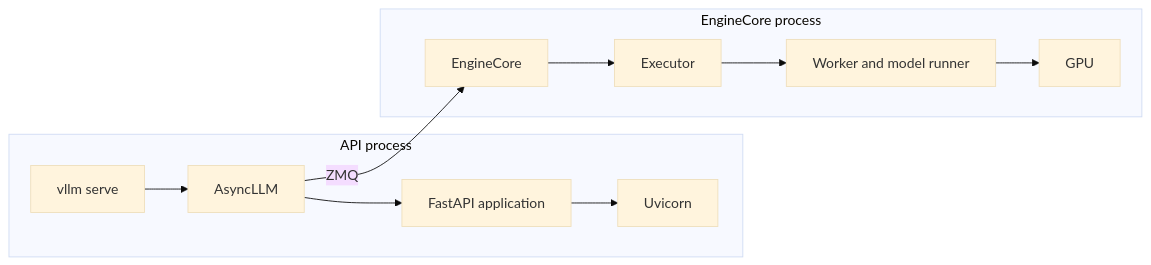
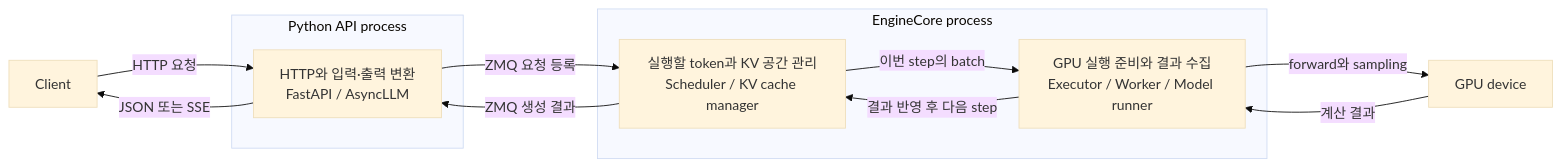
One commit to appleparan/vllm changed the first of 4 diagrams in docs/design/v032_serve_code_walkthrough.md. Above: the diagram before and after it, drawn with Mermaid (base theme). The commit also changed other lines of this file, not shown here.

````diff
--- a/docs/design/v032_serve_code_walkthrough.md
+++ b/docs/design/v032_serve_code_walkthrough.md
@@ -26,14 +20,20 @@
 ```mermaid
 flowchart LR
-    subgraph A[API process]
-        CLI[vllm serve] --> AS[AsyncLLM]
-        AS --> APP[FastAPI application]
-        APP --> U[Uvicorn]
+    C[Client]
+    subgraph AP[Python API process]
+        A[HTTP와 입력·출력 변환<br/>FastAPI / AsyncLLM]
     end
-    AS -->|ZMQ| EC
-    subgraph E[EngineCore process]
-        EC[EngineCore] --> EX[Executor]
-        EX --> W[Worker and model runner]
-        W --> G[GPU]
+    subgraph EP[EngineCore process]
+        S[실행할 token과 KV 공간 관리<br/>Scheduler / KV cache manager]
+        W[GPU 실행 준비와 결과 수집<br/>Executor / Worker / Model runner]
+        S -->|이번 step의 batch| W
+        W -->|결과 반영 후 다음 step| S
     end
+    G[GPU device]
+    C -->|HTTP 요청| A
+    A -->|ZMQ 요청 등록| S
+    W -->|forward와 sampling| G
+    G -->|계산 결과| W
+    S -->|ZMQ 생성 결과| A
+    A -->|JSON 또는 SSE| C
 ```
````
